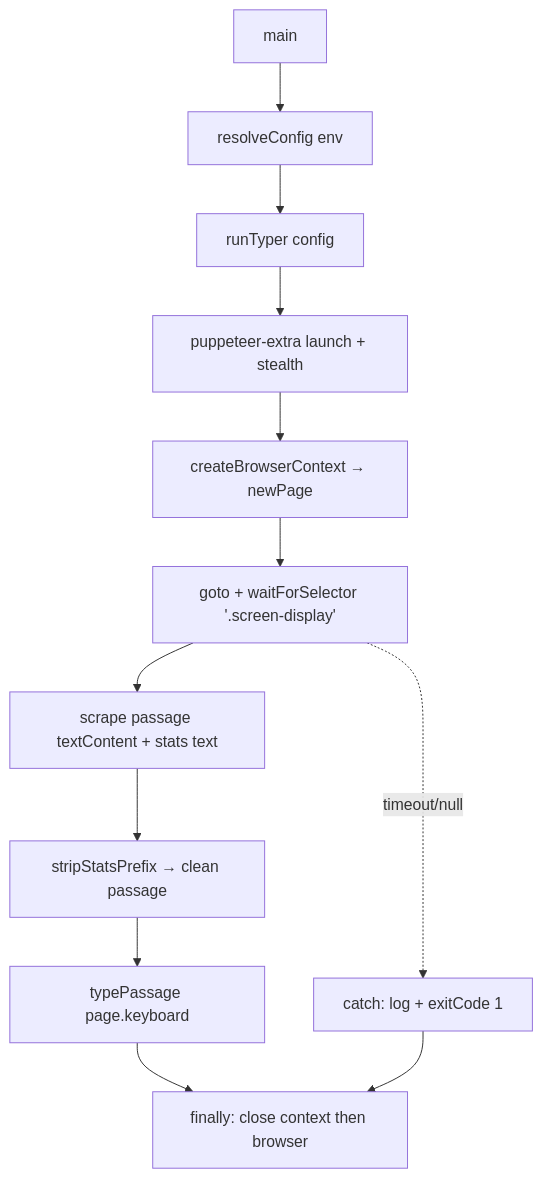
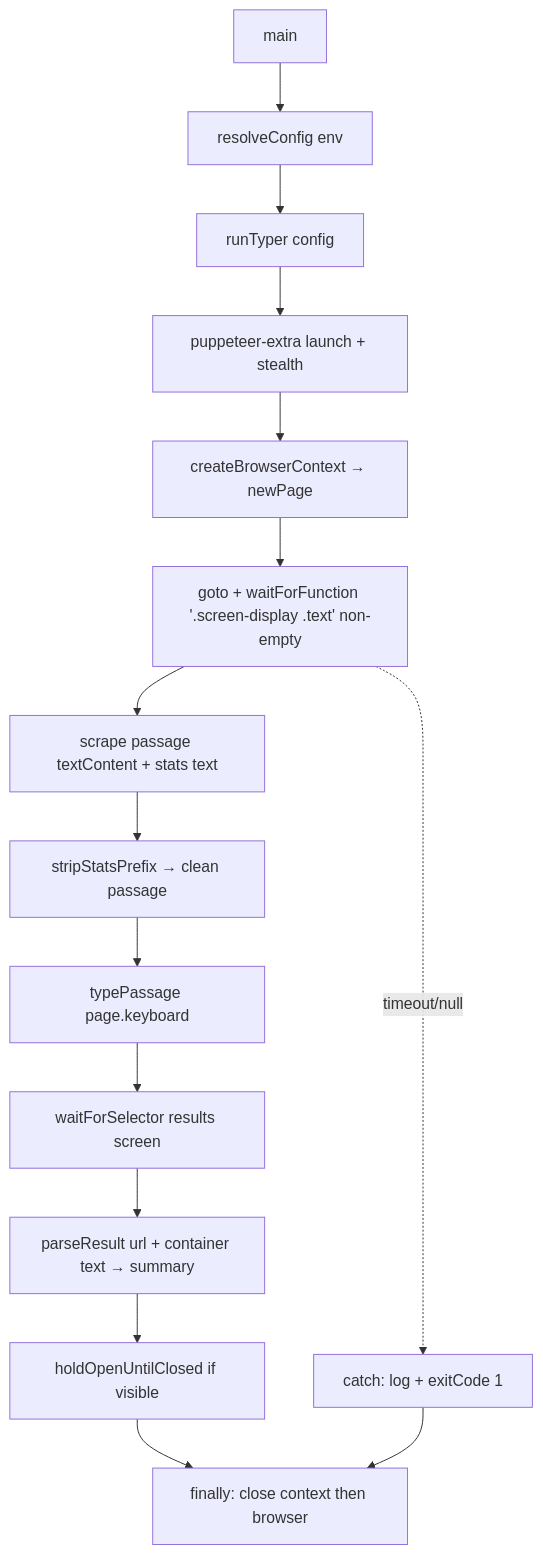
One commit to Technical-1/Supernatural-Speed-Typer changed the diagram in .portfolio/architecture.md. Above: the diagram before and after it, drawn with Mermaid. The commit also changed other lines of this file and 1 other file, not shown here.

First line of the commit message:
docs: refresh portfolio docs for result parsing and readiness wait

````diff
--- a/.portfolio/architecture.md
+++ b/.portfolio/architecture.md
@@ -5,14 +5,17 @@
 ```mermaid
 flowchart TD
     M[main] --> CFG[resolveConfig env]
     CFG --> RT[runTyper config]
     RT --> L[puppeteer-extra launch + stealth]
     L --> CTX[createBrowserContext → newPage]
-    CTX --> NAV[goto + waitForSelector '.screen-display']
+    CTX --> NAV[goto + waitForFunction '.screen-display .text' non-empty]
     NAV --> SCRAPE[scrape passage textContent + stats text]
     SCRAPE --> STRIP[stripStatsPrefix → clean passage]
     STRIP --> TYPE[typePassage page.keyboard]
-    TYPE --> TD[finally: close context then browser]
+    TYPE --> WAIT[waitForSelector results screen]
+    WAIT --> PARSE[parseResult url + container text → summary]
+    PARSE --> HOLD[holdOpenUntilClosed if visible]
+    HOLD --> TD[finally: close context then browser]
     NAV -. timeout/null .-> ERR[catch: log + exitCode 1]
     ERR --> TD
 ```
````
